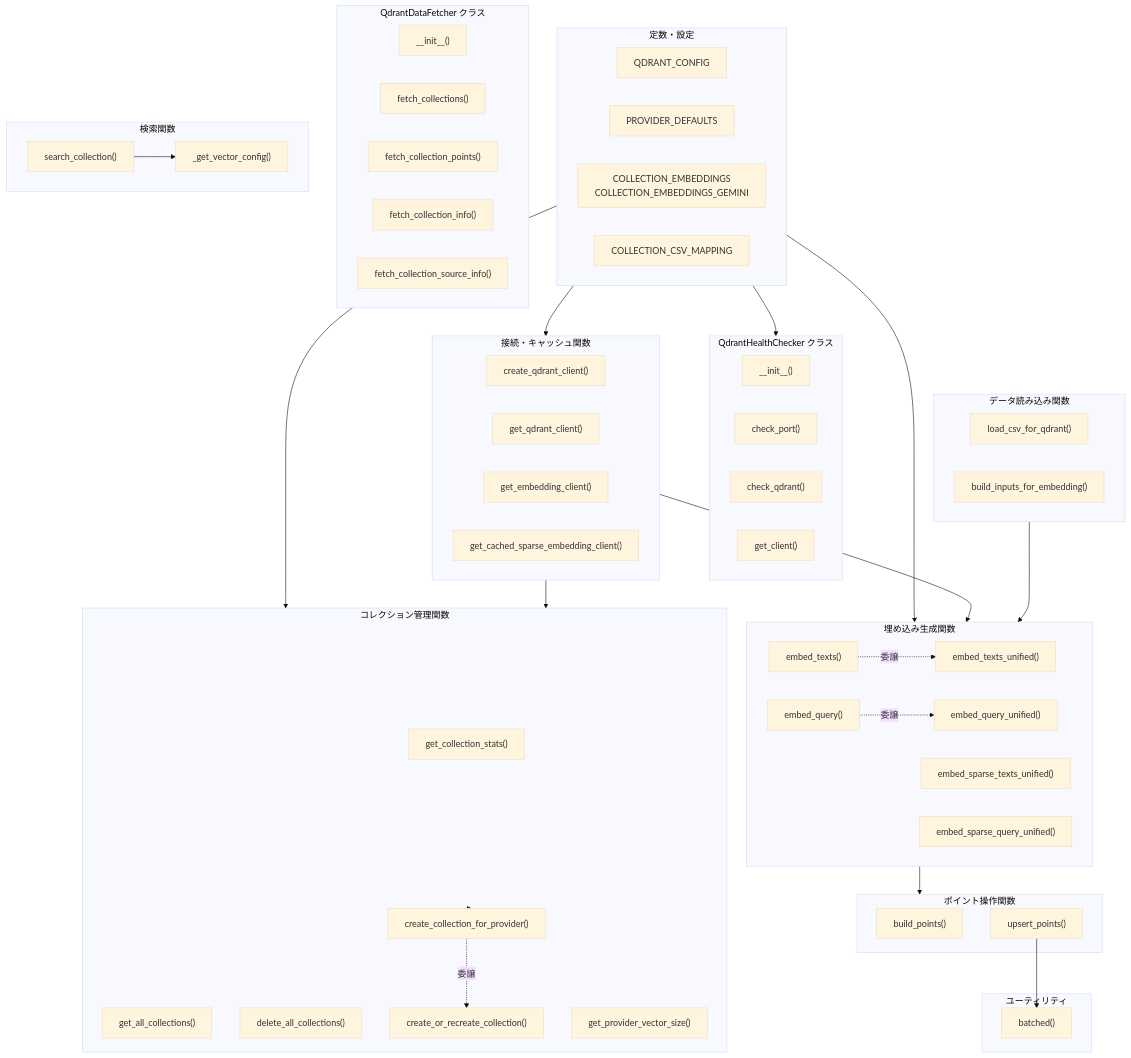
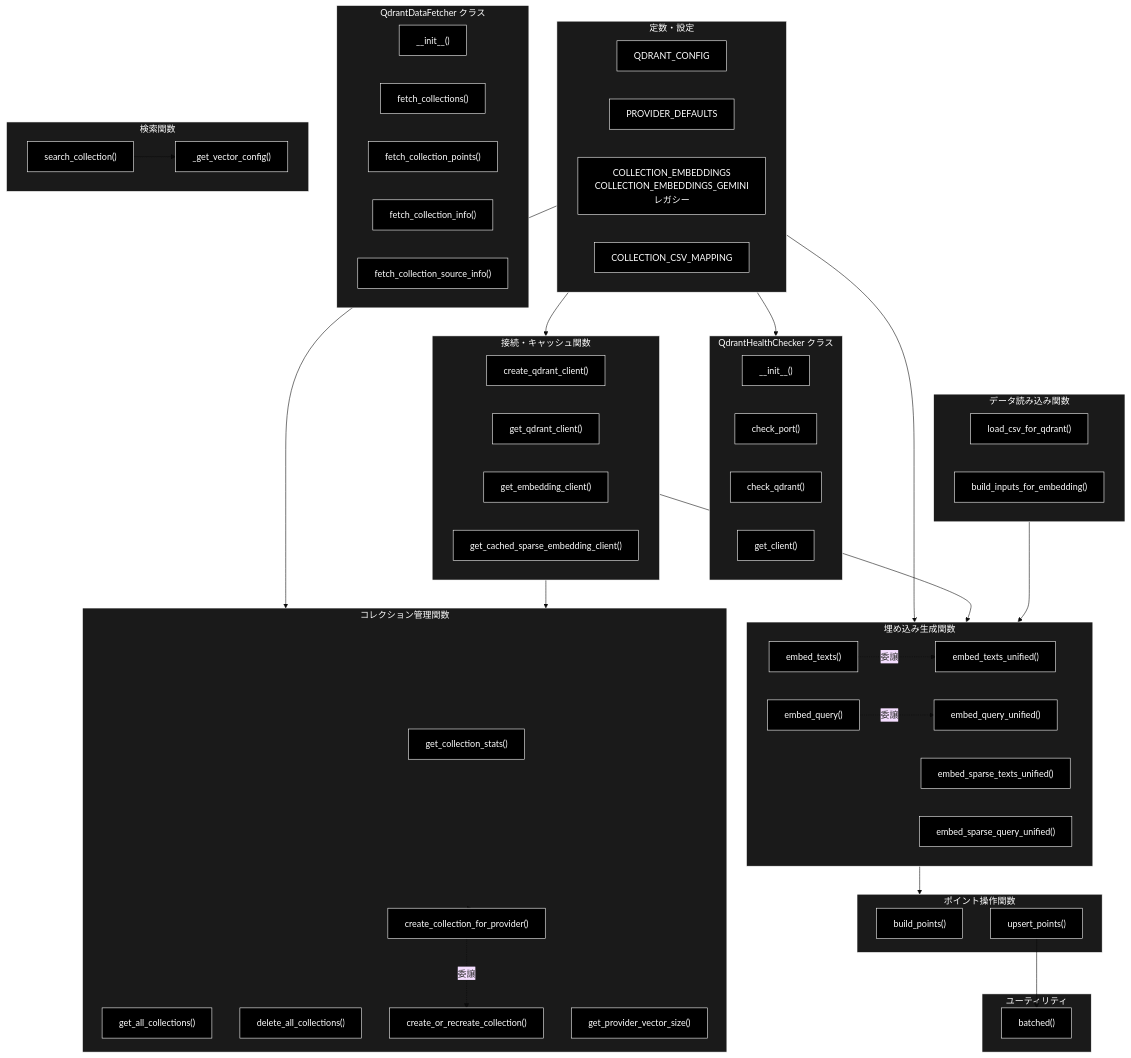
One commit to nakashima2toshio/ollama_grace_agent_v2 changed the second of 4 diagrams in ui/doc/qdrant_client_wrapper.md. Above: the diagram before and after it, drawn with Mermaid (base theme). The commit also changed other lines of this file and 10 other files, not shown here.

````diff
--- a/ui/doc/qdrant_client_wrapper.md
+++ b/ui/doc/qdrant_client_wrapper.md
@@ -157,7 +161,7 @@
     subgraph CONST["定数・設定"]
         QCFG[QDRANT_CONFIG]
         PROV[PROVIDER_DEFAULTS]
-        COLL_EMB[COLLECTION_EMBEDDINGS<br/>COLLECTION_EMBEDDINGS_GEMINI]
+        COLL_EMB[COLLECTION_EMBEDDINGS<br/>COLLECTION_EMBEDDINGS_GEMINI<br/>レガシー]
         CSV_MAP[COLLECTION_CSV_MAPPING]
     end
 
@@ -236,4 +240,17 @@
     EMB_T -.->|委譲| EMB_TU
     EMB_Q -.->|委譲| EMB_QU
     CREATE_PROV -.->|委譲| CREATE_COLL
+classDef default fill:#000,stroke:#fff,color:#fff
+classDef subgraphStyle fill:#1a1a1a,stroke:#fff,color:#fff
+class QCFG,PROV,COLL_EMB,CSV_MAP,HC_INIT,HC_PORT,HC_CHECK,HC_GET,CREATE_C,GET_C,GET_EMB,GET_SPARSE,GET_STATS,GET_ALL,DEL_ALL,CREATE_COLL,CREATE_PROV,GET_PROV_SZ,LOAD_CSV,BUILD_INPUT,EMB_T,EMB_Q,EMB_TU,EMB_QU,EMB_ST,EMB_SQ,BUILD_PTS,UPSERT,DF_INIT,DF_COLL,DF_PTS,DF_INFO,DF_SRC,VEC_CFG,SEARCH_C,BATCHED default
+style CONST fill:#1a1a1a,stroke:#fff,color:#fff
+style HEALTH fill:#1a1a1a,stroke:#fff,color:#fff
+style CONN_FN fill:#1a1a1a,stroke:#fff,color:#fff
+style COLL_FN fill:#1a1a1a,stroke:#fff,color:#fff
+style DATA_FN fill:#1a1a1a,stroke:#fff,color:#fff
+style EMB_FN fill:#1a1a1a,stroke:#fff,color:#fff
+style PTS_FN fill:#1a1a1a,stroke:#fff,color:#fff
+style FETCHER fill:#1a1a1a,stroke:#fff,color:#fff
+style SEARCH_FN fill:#1a1a1a,stroke:#fff,color:#fff
+style UTIL fill:#1a1a1a,stroke:#fff,color:#fff
 ```
````
